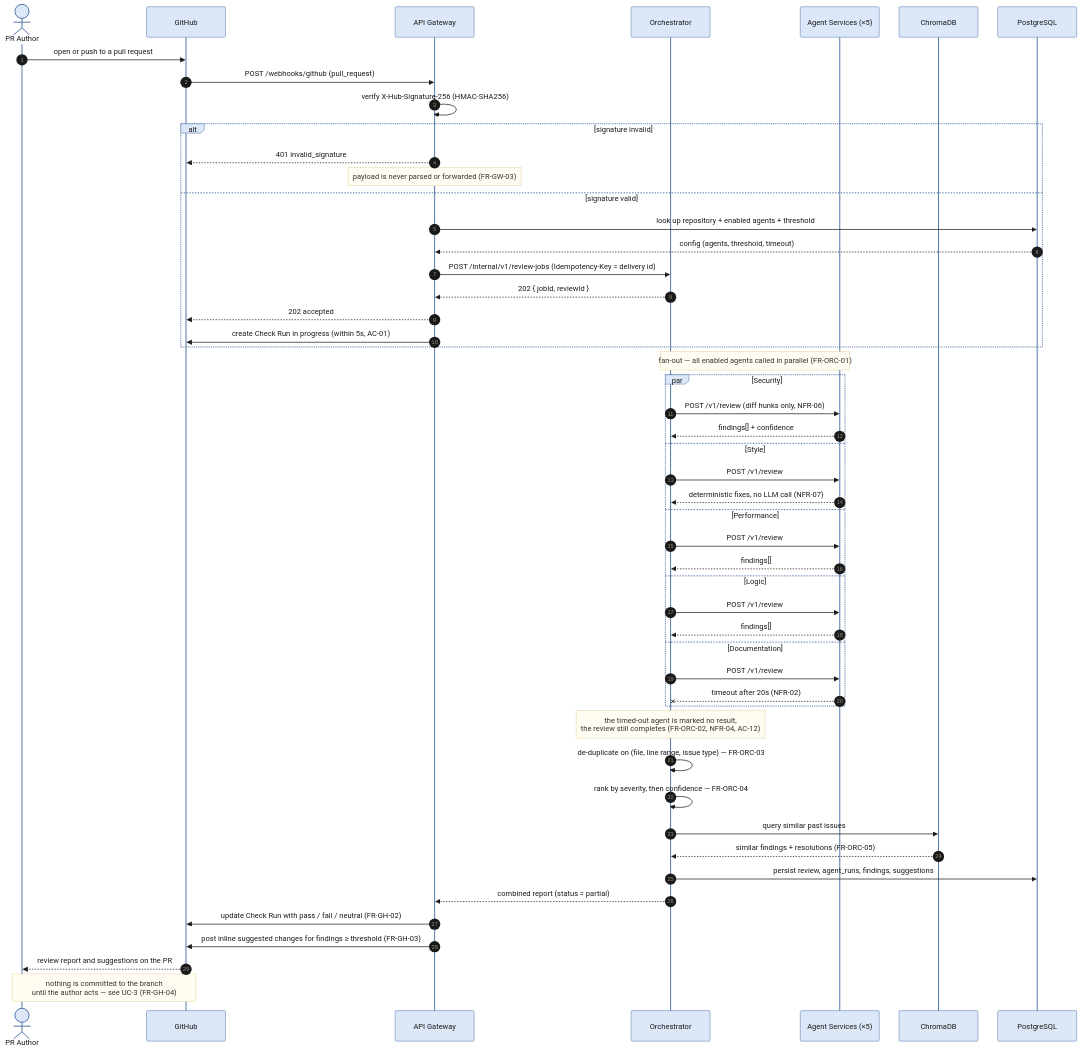
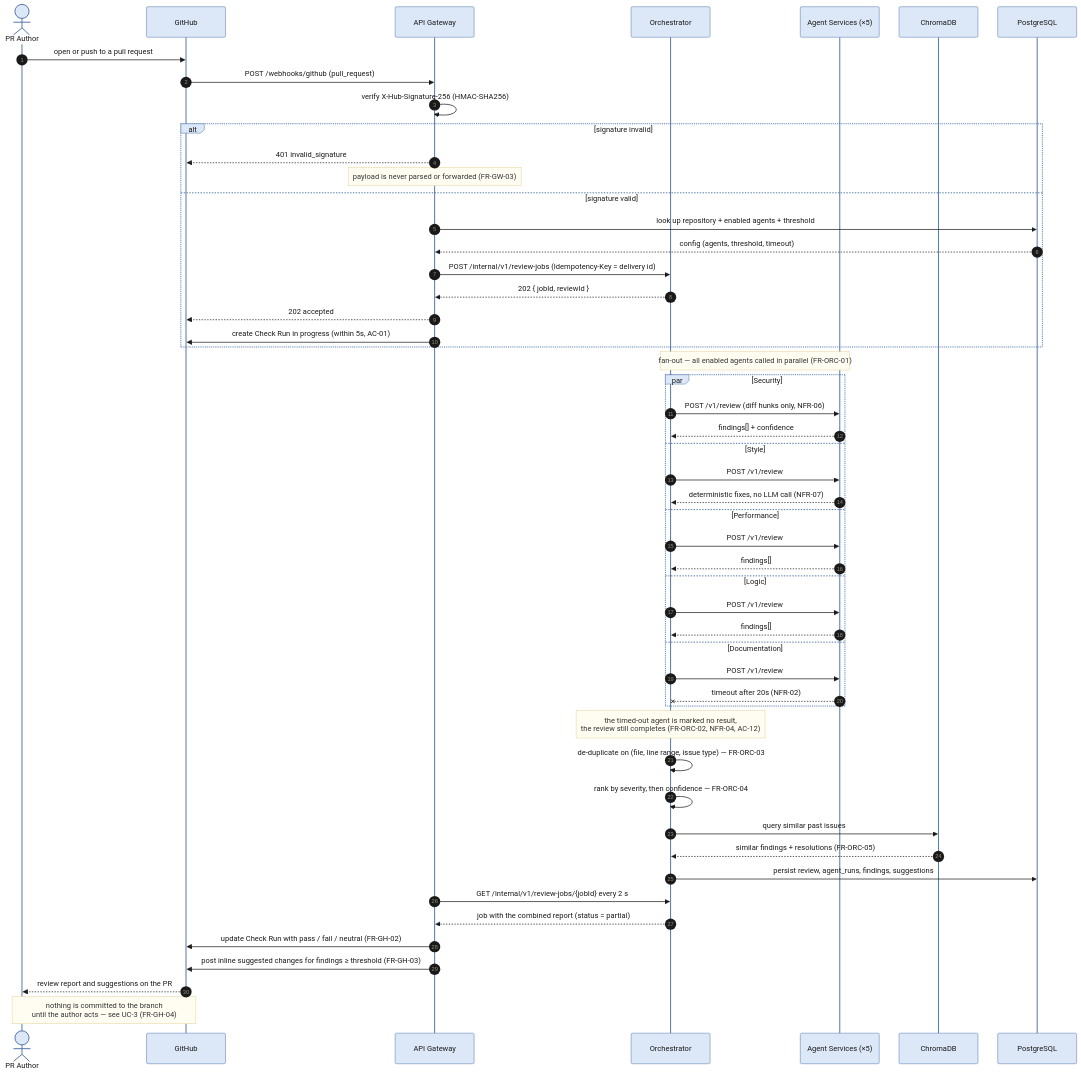
Before and after one commit to sumit-0804/Code-Sentinel: the diagram in docs/design/diagrams/mermaid/seq_uc1_pr_review.mmd, drawn with Mermaid. The commit also changed 4 other files, not shown here.

```diff
--- a/docs/design/diagrams/mermaid/seq_uc1_pr_review.mmd
+++ b/docs/design/diagrams/mermaid/seq_uc1_pr_review.mmd
@@ -1,60 +1,61 @@
 %%{init: {"theme":"base","themeVariables":{"primaryColor":"#dce7f7","primaryBorderColor":"#4a6fa5","lineColor":"#6b7280","primaryTextColor":"#1a1a1a","actorBkg":"#dce7f7","actorBorder":"#4a6fa5","noteBkgColor":"#fffdf2","noteBorderColor":"#e0cf92"},"sequence":{"actorMargin":42,"width":168,"boxMargin":10}} }%%
 sequenceDiagram
     autonumber
     actor Dev as PR Author
     participant GH as GitHub
     participant GW as API Gateway
     participant OR as Orchestrator
     participant AG as Agent Services (×5)
     participant VDB as ChromaDB
     participant DB as PostgreSQL
 
     Dev->>GH: open or push to a pull request
     GH->>GW: POST /webhooks/github (pull_request)
 
     GW->>GW: verify X-Hub-Signature-256 (HMAC-SHA256)
     alt signature invalid
         GW-->>GH: 401 invalid_signature
         Note over GW: payload is never parsed or forwarded (FR-GW-03)
     else signature valid
         GW->>DB: look up repository + enabled agents + threshold
         DB-->>GW: config (agents, threshold, timeout)
         GW->>OR: POST /internal/v1/review-jobs (Idempotency-Key = delivery id)
         OR-->>GW: 202 { jobId, reviewId }
         GW-->>GH: 202 accepted
         GW->>GH: create Check Run in progress (within 5s, AC-01)
     end
 
     Note over OR,AG: fan-out — all enabled agents called in parallel (FR-ORC-01)
 
     par Security
         OR->>AG: POST /v1/review (diff hunks only, NFR-06)
         AG-->>OR: findings[] + confidence
     and Style
         OR->>AG: POST /v1/review
         AG-->>OR: deterministic fixes, no LLM call (NFR-07)
     and Performance
         OR->>AG: POST /v1/review
         AG-->>OR: findings[]
     and Logic
         OR->>AG: POST /v1/review
         AG-->>OR: findings[]
     and Documentation
         OR->>AG: POST /v1/review
         AG--xOR: timeout after 20s (NFR-02)
     end
 
     Note over OR: the timed-out agent is marked no result,<br/>the review still completes (FR-ORC-02, NFR-04, AC-12)
 
     OR->>OR: de-duplicate on (file, line range, issue type) — FR-ORC-03
     OR->>OR: rank by severity, then confidence — FR-ORC-04
     OR->>VDB: query similar past issues
     VDB-->>OR: similar findings + resolutions (FR-ORC-05)
     OR->>DB: persist review, agent_runs, findings, suggestions
-    OR-->>GW: combined report (status = partial)
+    GW->>OR: GET /internal/v1/review-jobs/{jobId} every 2 s
+    OR-->>GW: job with the combined report (status = partial)
 
     GW->>GH: update Check Run with pass / fail / neutral (FR-GH-02)
     GW->>GH: post inline suggested changes for findings ≥ threshold (FR-GH-03)
     GH-->>Dev: review report and suggestions on the PR
 
     Note over Dev,GH: nothing is committed to the branch<br/>until the author acts — see UC-3 (FR-GH-04)
```
